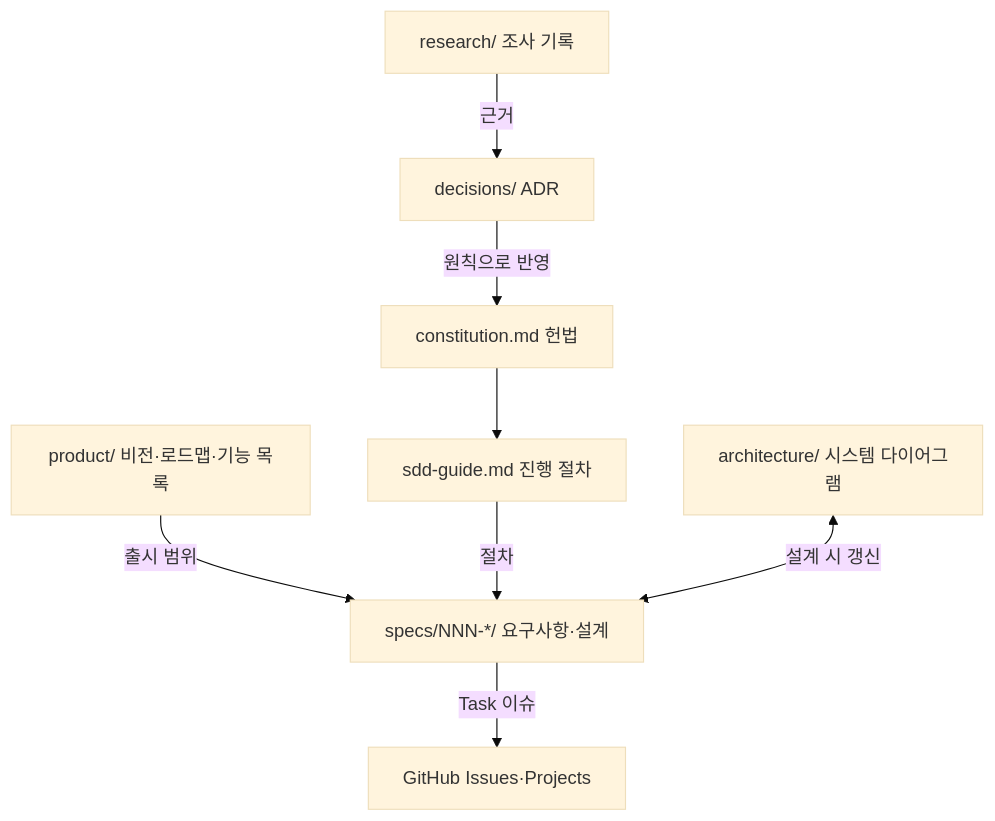
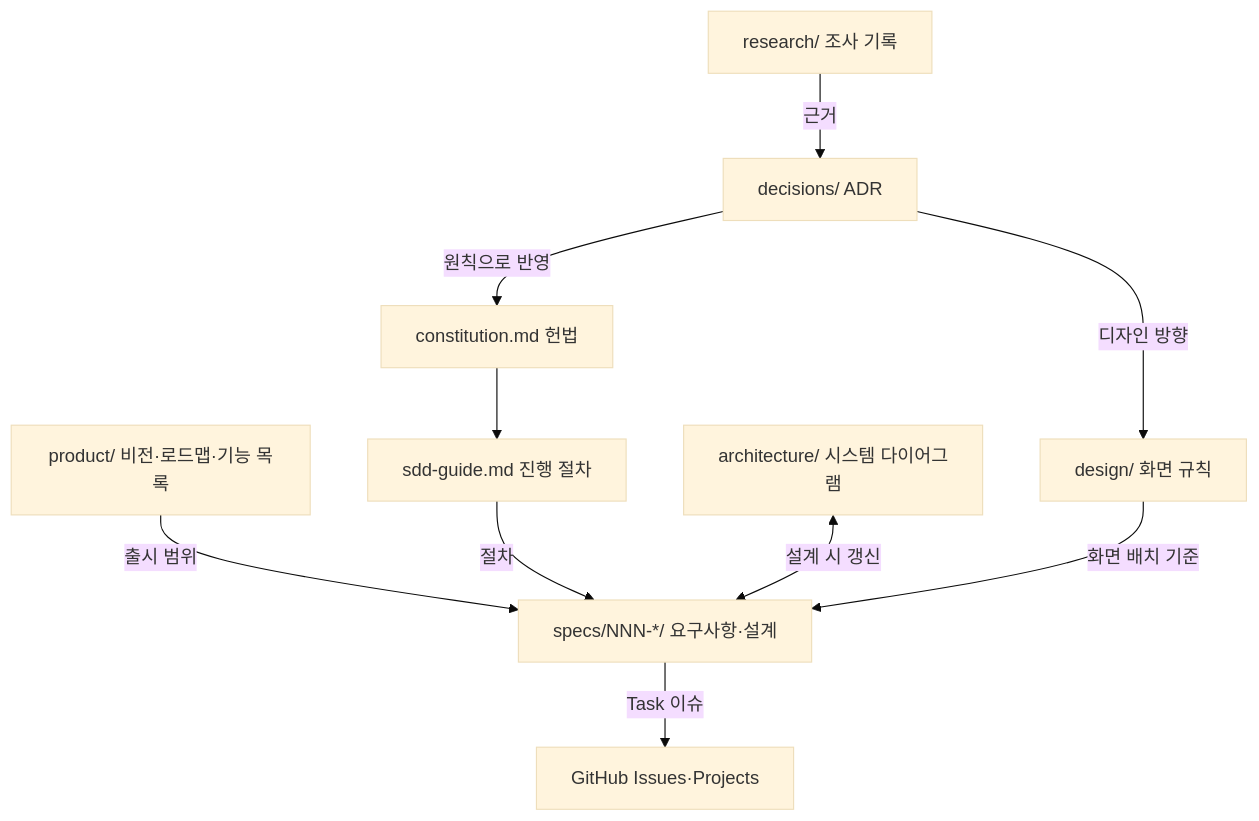
One commit to god3v/hamtteukka changed the diagram in docs/README.md. Above: the diagram before and after it, drawn with Mermaid (base theme). The commit also changed other lines of this file and 8 other files, not shown here.

````diff
--- a/docs/README.md
+++ b/docs/README.md
@@ -13,10 +13,12 @@
 ```mermaid
 flowchart TD
     research["research/ 조사 기록"] -->|"근거"| decisions["decisions/ ADR"]
     decisions -->|"원칙으로 반영"| constitution["constitution.md 헌법"]
     constitution --> guide["sdd-guide.md 진행 절차"]
     product["product/ 비전·로드맵·기능 목록"] -->|"출시 범위"| specs["specs/NNN-*/ 요구사항·설계"]
     guide -->|"절차"| specs
     specs -->|"Task 이슈"| github["GitHub Issues·Projects"]
     architecture["architecture/ 시스템 다이어그램"] <-->|"설계 시 갱신"| specs
+    decisions -->|"디자인 방향"| design["design/ 화면 규칙"]
+    design -->|"화면 배치 기준"| specs
 ```
````
